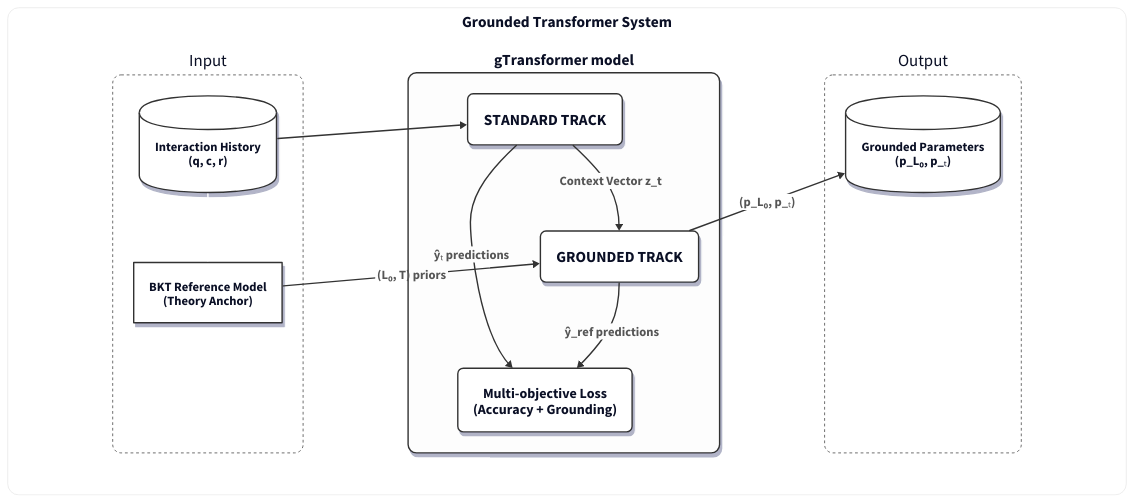
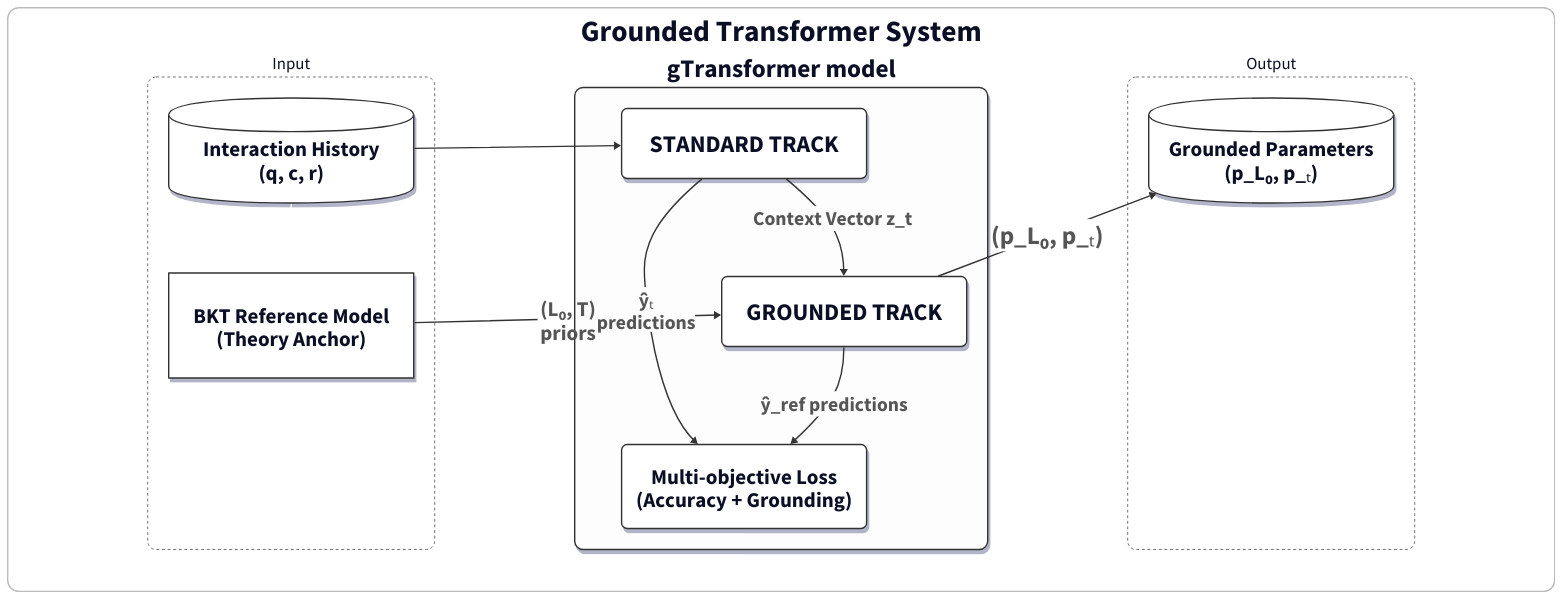
One commit to clabra/pykt-toolkit changed the diagram in paper_ectel/ectel_template/arch2.d2. Above: the diagram before and after it, drawn with D2. The commit also changed 9 other files, not shown here.

```diff
--- a/paper_ectel/ectel_template/arch2.d2
+++ b/paper_ectel/ectel_template/arch2.d2
@@ -1,184 +1,196 @@
 # Simplified gTransformer architecture for ECTEL 2026
 # Unified container layout using GRID layout to force horizontal alignment
-# Synchronized with arch3.d2: dark gray labels, larger font sizes, professional notation
+# Synchronized with arch3.d2: massive font sizes, darker outer border
 
 direction: right
 
 classes: {
   track: {
     style: {
       stroke: "#333333"
       stroke-width: 2
       shadow: true
       border-radius: 8
-      font-size: 22
+      font-size: 34
       text-transform: uppercase
       fill: "white"
       bold: true
     }
   }
 }
 
 Architecture: {
   label: "Grounded Transformer System"
   style: {
-    stroke: "#E5E5E5"
-    stroke-width: 1
+    stroke: "#BBBBBB"
+    stroke-width: 2
     fill: "white"
     border-radius: 16
-    font-size: 22
+    font-size: 42
     bold: true
   }
 
   # Aggressively increase grid spacing
   grid-columns: 3
-  horizontal-gap: 150
+  horizontal-gap: 200
 
   # Section 1: Input (Left)
   Input: {
     style: {
       stroke: "#333333"
       stroke-width: 1
       stroke-dash: 4
       fill: "white"
       border-radius: 12
     }
     direction: down
     vertical-gap: 120
 
     Interactions: "Interaction History\n(q, c, r)" {
       shape: cylinder
+      width: 350
+      height: 150
       style: {
         fill: "white"
         stroke: "#333333"
         stroke-width: 2
         shadow: true
-        font-size: 18
+        font-size: 30
       }
     }
 
     # Dummy edge to force BKT under Interactions
     Interactions -> BKT: { style.stroke: "white" }
 
     BKT: "BKT Reference Model\n(Theory Anchor)" {
+      width: 350
+      height: 150
       style: {
         fill: "white"
         stroke: "#333333"
         stroke-width: 2
         shadow: true
-        font-size: 18
+        font-size: 30
       }
     }
   }
 
   # Section 2: gTransformer (Middle)
   gTransformer: {
     label: "gTransformer model"
     style: {
       stroke: "#333333"
       stroke-width: 2
       fill: "#FDFDFD"
       border-radius: 12
       shadow: true
-      font-size: 22
+      font-size: 36
       bold: true
     }
     direction: down
     vertical-gap: 120
 
     StandardTrack: "Standard Track" {
       class: track
+      width: 350
+      height: 100
     }
 
     GroundedTrack: "Grounded Track" {
       class: track
+      width: 350
+      height: 100
     }
 
     Loss: "Multi-objective Loss\n(Accuracy + Grounding)" {
       class: track
+      width: 350
+      height: 120
       style: {
         text-transform: none
-        font-size: 20
+        font-size: 30
       }
     }
 
     # Internal connections
     StandardTrack -> GroundedTrack: "Context Vector z_t" { 
       style: { 
         stroke: "#333333"
         stroke-width: 2
         font-color: "#555555"
-        font-size: 18
+        font-size: 28
         bold: true
       }
     }
-    StandardTrack -> Loss: "ŷₜ predictions" { 
+    StandardTrack -> Loss: "ŷₜ\npredictions" { 
       style: { 
         stroke: "#333333"
         stroke-width: 2
         font-color: "#555555"
-        font-size: 18
+        font-size: 28
         bold: true
       }
     }
     GroundedTrack -> Loss: "ŷ_ref predictions" { 
       style: { 
         stroke: "#333333"
         stroke-width: 2
         font-color: "#555555"
-        font-size: 18
+        font-size: 28
         bold: true
       }
     }
   }
 
   # Section 3: Output (Right)
   Output: {
     style: {
       stroke: "#333333"
       stroke-width: 1
       stroke-dash: 4
       fill: "white"
       border-radius: 12
     }
     direction: down
     vertical-gap: 120
 
     Indicators: "Grounded Parameters\n(p_L₀, p_ₜ)" {
       shape: cylinder
+      width: 350
+      height: 150
       style: {
         fill: "white"
         stroke: "#333333"
         stroke-width: 2
         shadow: true
-        font-size: 18
+        font-size: 30
       }
     }
   }
 }
 
 # Connections outside the grid to avoid disrupting the 1-2-3 cell layout
 Architecture.Input.Interactions -> Architecture.gTransformer.StandardTrack: { 
   style: { 
     stroke: "#333333"
     stroke-width: 2
   }
 }
-Architecture.Input.BKT -> Architecture.gTransformer.GroundedTrack: "(L₀, T) priors" { 
+Architecture.Input.BKT -> Architecture.gTransformer.GroundedTrack: "(L₀, T)\npriors" { 
   style: { 
     stroke: "#333333"
     stroke-width: 2
     font-color: "#555555"
-    font-size: 18
+    font-size: 30
     bold: true
   }
 }
 Architecture.gTransformer.GroundedTrack -> Architecture.Output.Indicators: "(p_L₀, p_ₜ)" { 
   style: { 
     stroke: "#333333"
     stroke-width: 2
     font-color: "#555555"
-    font-size: 18
+    font-size: 36
     bold: true
   }
 }
```
